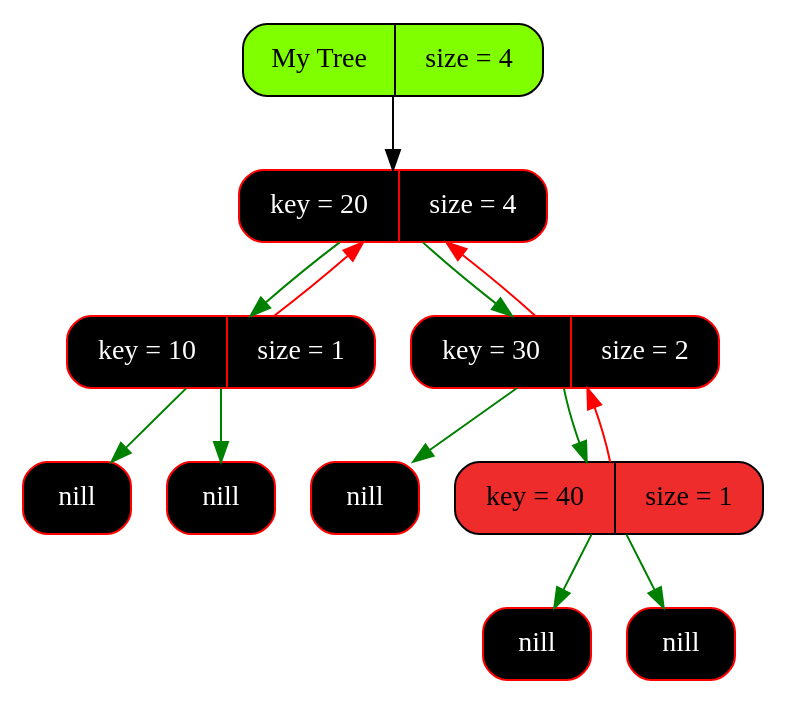
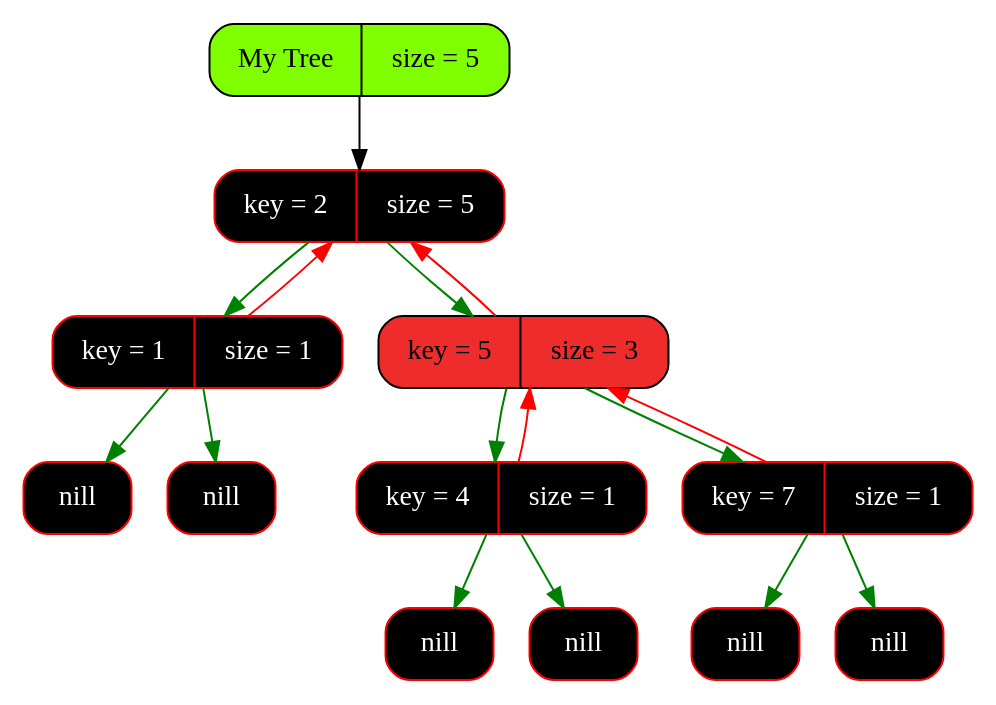
Before and after one commit to Pelmeshka127/RedBlackTree: the diagram in graphics/graph.dot, drawn with Graphviz. The commit also changed 14 other files, not shown here.

```diff
--- a/graphics/graph.dot
+++ b/graphics/graph.dot
@@ -1,28 +1,33 @@
 digraph Tree
 {
    rankdir = HR;
    node[fontsize=14];
    edge[color="black",fontcolor="blue",fontsize=12];
-   tree[shape = Mrecord, style = filled, fillcolor = "chartreuse1", label = "My Tree | size = 4"];
-   "0x147606780"[shape = Mrecord, color = "red", style = filled, fontcolor = "white", fillcolor = "black",   label = " key = 20 | size = 4"];
-  "0x147606780" -> "0x147606750" [color = "green"];
-  "0x147606750" -> "0x147606780" [color = "red"];
-  "0x147606780" -> "0x147704080" [color = "green"];
-  "0x147704080" -> "0x147606780" [color = "red"];
-   "0x147606750"[shape = Mrecord, color = "red", style = filled, fontcolor = "white", fillcolor = "black",   label = " key = 10 | size = 1"];
-   "0x147606750left"[shape = Mrecord, color = "red", style = filled, fontcolor = "white", fillcolor = "black",   label = " <value> nill"];
-  "0x147606750" -> "0x147606750left" [color = "green"];
-   "0x147606750right"[shape = Mrecord, color = "red", style = filled, fontcolor = "white", fillcolor = "black",   label = " <value> nill"];
-  "0x147606750" -> "0x147606750right" [color = "green"];
-   "0x147704080"[shape = Mrecord, color = "red", style = filled, fontcolor = "white", fillcolor = "black",   label = " key = 30 | size = 2"];
-   "0x147704080left"[shape = Mrecord, color = "red", style = filled, fontcolor = "white", fillcolor = "black",   label = " <value> nill"];
-  "0x147704080" -> "0x147704080left" [color = "green"];
-  "0x147704080" -> "0x148004080" [color = "green"];
-  "0x148004080" -> "0x147704080" [color = "red"];
-  "0x148004080"[shape = Mrecord, color = "black", style = filled, fillcolor = "firebrick2",   label = " key = 40 | size = 1"];
-   "0x148004080left"[shape = Mrecord, color = "red", style = filled, fontcolor = "white", fillcolor = "black",   label = " <value> nill"];
-  "0x148004080" -> "0x148004080left" [color = "green"];
-   "0x148004080right"[shape = Mrecord, color = "red", style = filled, fontcolor = "white", fillcolor = "black",   label = " <value> nill"];
-  "0x148004080" -> "0x148004080right" [color = "green"];
-   tree -> "0x147606780" [color = "gray0"];
+   tree[shape = Mrecord, style = filled, fillcolor = "chartreuse1", label = "My Tree | size = 5"];
+   "0x132606750"[shape = Mrecord, color = "red", style = filled, fontcolor = "white", fillcolor = "black",   label = " key = 2 | size = 5"];
+  "0x132606750" -> "0x132704080" [color = "green"];
+  "0x132704080" -> "0x132606750" [color = "red"];
+  "0x132606750" -> "0x1327041b0" [color = "green"];
+  "0x1327041b0" -> "0x132606750" [color = "red"];
+   "0x132704080"[shape = Mrecord, color = "red", style = filled, fontcolor = "white", fillcolor = "black",   label = " key = 1 | size = 1"];
+   "0x132704080left"[shape = Mrecord, color = "red", style = filled, fontcolor = "white", fillcolor = "black",   label = " <value> nill"];
+  "0x132704080" -> "0x132704080left" [color = "green"];
+   "0x132704080right"[shape = Mrecord, color = "red", style = filled, fontcolor = "white", fillcolor = "black",   label = " <value> nill"];
+  "0x132704080" -> "0x132704080right" [color = "green"];
+  "0x1327041b0"[shape = Mrecord, color = "black", style = filled, fillcolor = "firebrick2",   label = " key = 5 | size = 3"];
+  "0x1327041b0" -> "0x133804080" [color = "green"];
+  "0x133804080" -> "0x1327041b0" [color = "red"];
+  "0x1327041b0" -> "0x133904080" [color = "green"];
+  "0x133904080" -> "0x1327041b0" [color = "red"];
+   "0x133804080"[shape = Mrecord, color = "red", style = filled, fontcolor = "white", fillcolor = "black",   label = " key = 4 | size = 1"];
+   "0x133804080left"[shape = Mrecord, color = "red", style = filled, fontcolor = "white", fillcolor = "black",   label = " <value> nill"];
+  "0x133804080" -> "0x133804080left" [color = "green"];
+   "0x133804080right"[shape = Mrecord, color = "red", style = filled, fontcolor = "white", fillcolor = "black",   label = " <value> nill"];
+  "0x133804080" -> "0x133804080right" [color = "green"];
+   "0x133904080"[shape = Mrecord, color = "red", style = filled, fontcolor = "white", fillcolor = "black",   label = " key = 7 | size = 1"];
+   "0x133904080left"[shape = Mrecord, color = "red", style = filled, fontcolor = "white", fillcolor = "black",   label = " <value> nill"];
+  "0x133904080" -> "0x133904080left" [color = "green"];
+   "0x133904080right"[shape = Mrecord, color = "red", style = filled, fontcolor = "white", fillcolor = "black",   label = " <value> nill"];
+  "0x133904080" -> "0x133904080right" [color = "green"];
+   tree -> "0x132606750" [color = "gray0"];
 }
```
